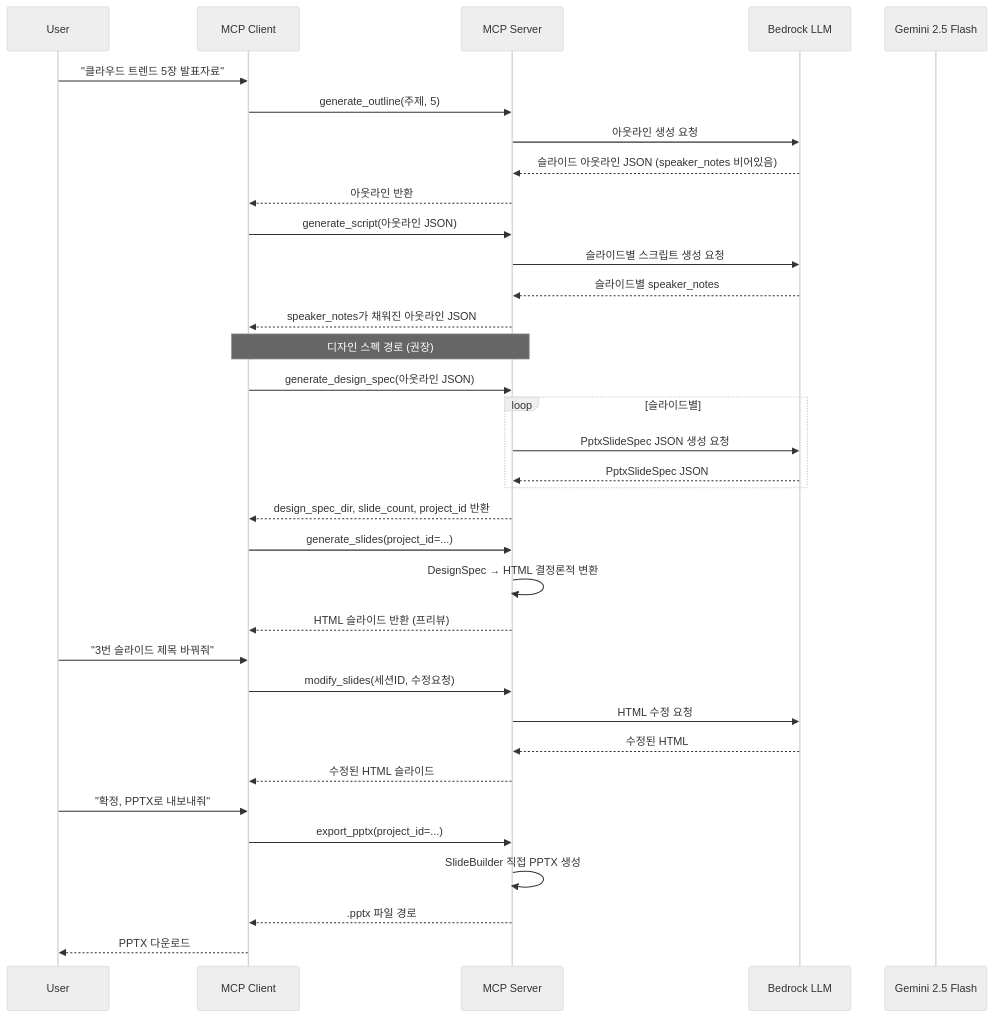
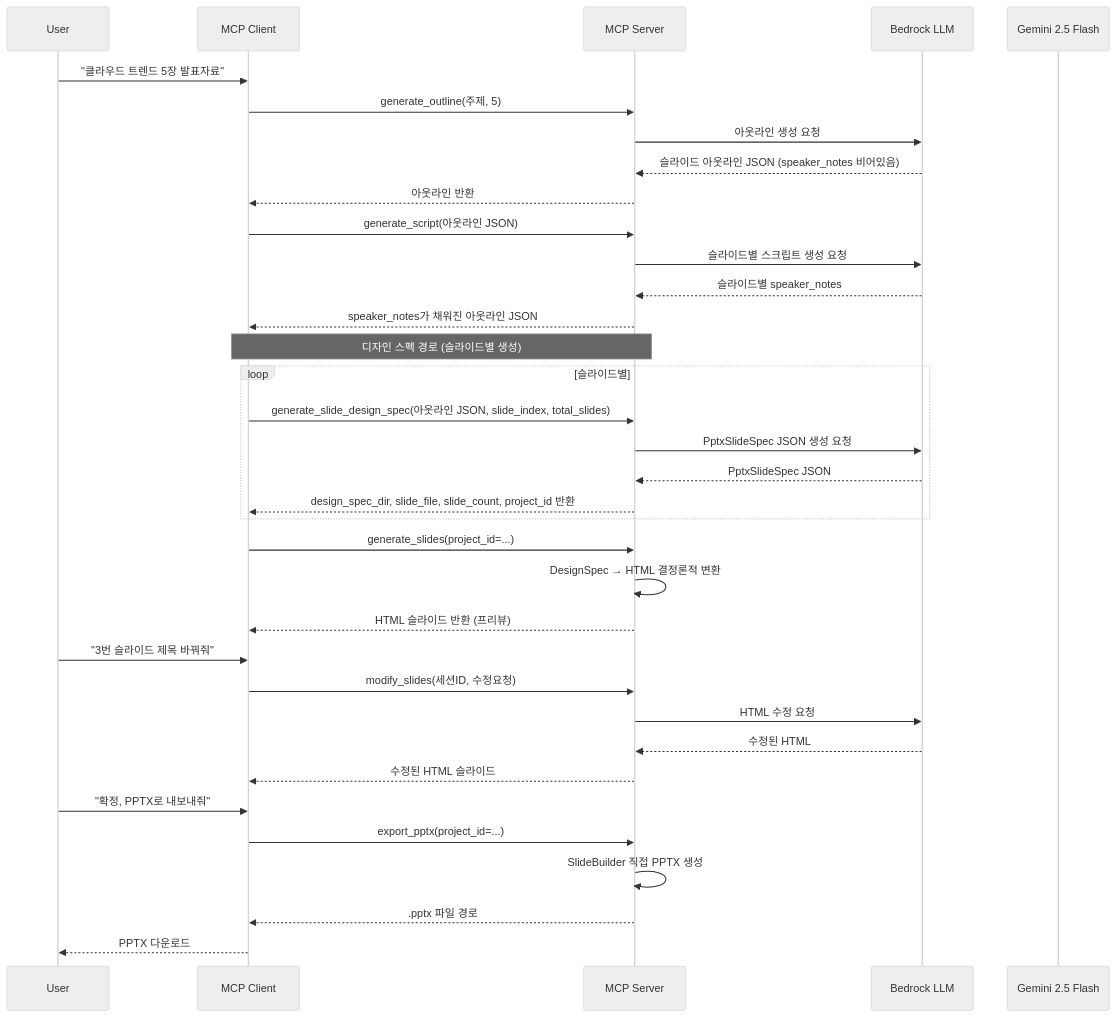
Before and after one commit to haandol/ppt-generator: the third of 3 diagrams in docs/ppt-generator.alps.md, drawn with Mermaid (neutral theme). The commit also changed other lines of this file and 21 other files, not shown here.

Commit message:
refactor(design): simplify per-slide generation logic

````diff
--- a/docs/ppt-generator.alps.md
+++ b/docs/ppt-generator.alps.md
@@ -168,43 +168,43 @@
 ```mermaid
 sequenceDiagram
     participant User
     participant MCPClient as MCP Client
     participant MCPServer as MCP Server
     participant Bedrock as Bedrock LLM
     participant Gemini as Gemini 2.5 Flash
 
     User->>MCPClient: "클라우드 트렌드 5장 발표자료"
     MCPClient->>MCPServer: generate_outline(주제, 5)
     MCPServer->>Bedrock: 아웃라인 생성 요청
     Bedrock-->>MCPServer: 슬라이드 아웃라인 JSON (speaker_notes 비어있음)
     MCPServer-->>MCPClient: 아웃라인 반환
 
     MCPClient->>MCPServer: generate_script(아웃라인 JSON)
     MCPServer->>Bedrock: 슬라이드별 스크립트 생성 요청
     Bedrock-->>MCPServer: 슬라이드별 speaker_notes
     MCPServer-->>MCPClient: speaker_notes가 채워진 아웃라인 JSON
 
-    Note over MCPClient,MCPServer: 디자인 스펙 경로 (권장)
-    MCPClient->>MCPServer: generate_design_spec(아웃라인 JSON)
+    Note over MCPClient,MCPServer: 디자인 스펙 경로 (슬라이드별 생성)
     loop 슬라이드별
+        MCPClient->>MCPServer: generate_slide_design_spec(아웃라인 JSON, slide_index, total_slides)
         MCPServer->>Bedrock: PptxSlideSpec JSON 생성 요청
         Bedrock-->>MCPServer: PptxSlideSpec JSON
+        MCPServer-->>MCPClient: design_spec_dir, slide_file, slide_count, project_id 반환
     end
-    MCPServer-->>MCPClient: design_spec_dir, slide_count, project_id 반환
 
     MCPClient->>MCPServer: generate_slides(project_id=...)
     MCPServer->>MCPServer: DesignSpec → HTML 결정론적 변환
     MCPServer-->>MCPClient: HTML 슬라이드 반환 (프리뷰)
 
     User->>MCPClient: "3번 슬라이드 제목 바꿔줘"
     MCPClient->>MCPServer: modify_slides(세션ID, 수정요청)
     MCPServer->>Bedrock: HTML 수정 요청
     Bedrock-->>MCPServer: 수정된 HTML
     MCPServer-->>MCPClient: 수정된 HTML 슬라이드
 
     User->>MCPClient: "확정, PPTX로 내보내줘"
     MCPClient->>MCPServer: export_pptx(project_id=...)
     MCPServer->>MCPServer: SlideBuilder 직접 PPTX 생성
     MCPServer-->>MCPClient: .pptx 파일 경로
     MCPClient-->>User: PPTX 다운로드
 ```
````
